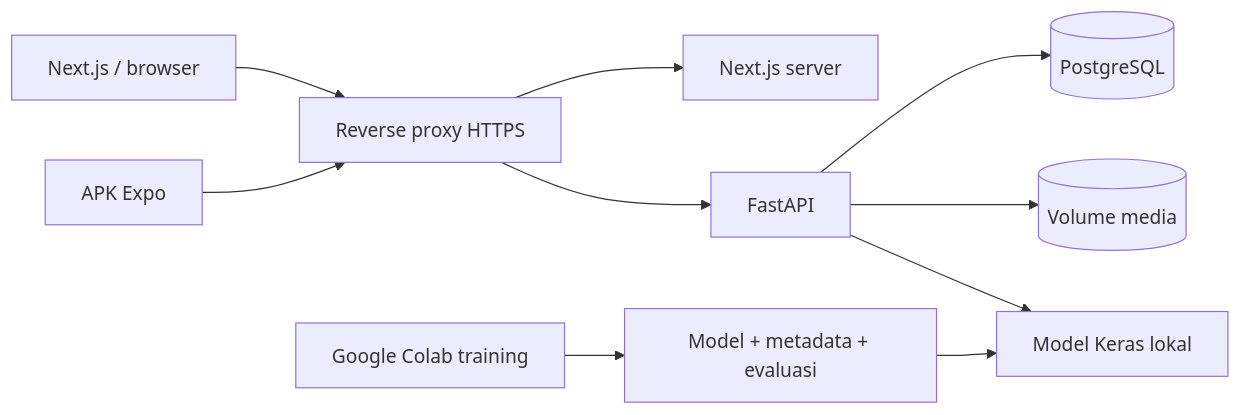
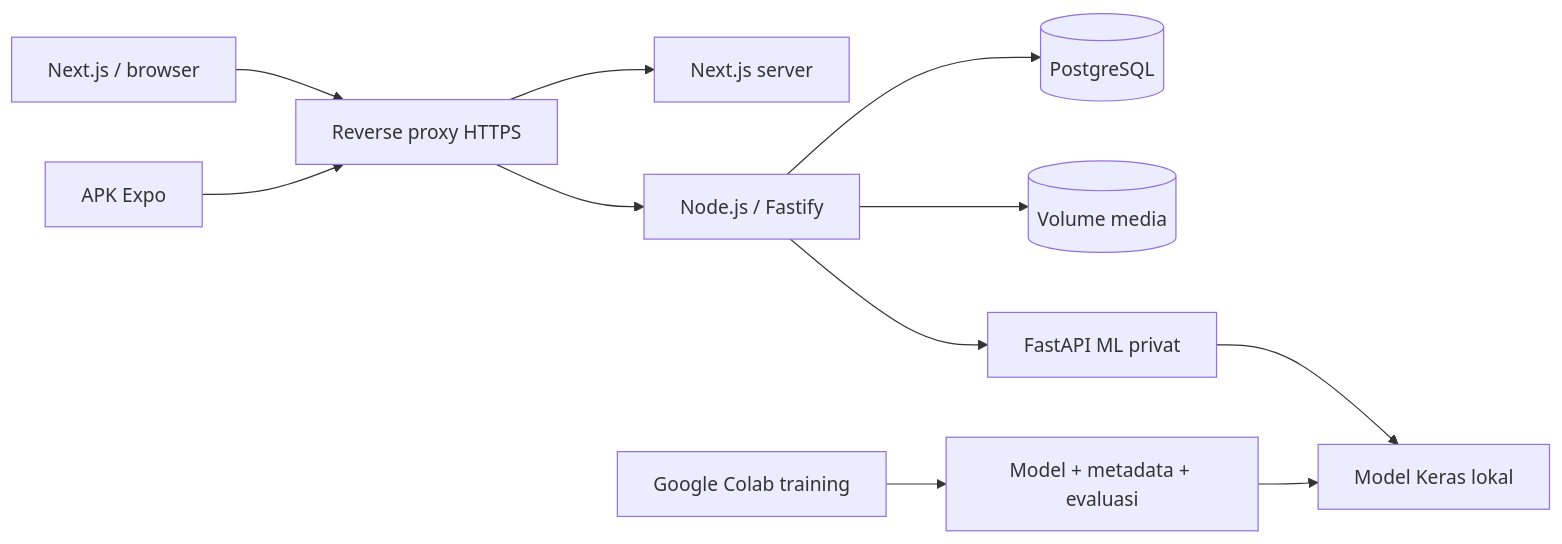
The first of 2 diagrams in docs/architecture.md (MuhamadHilalFakhri/smart-waste), drawn with Mermaid before and after one commit. The commit also changed other lines of this file and 7 other files, not shown here.

````diff
--- a/docs/architecture.md
+++ b/docs/architecture.md
@@ -5,12 +5,13 @@
 ```mermaid
 flowchart LR
   Web[Next.js / browser] --> Proxy[Reverse proxy HTTPS]
   Mobile[APK Expo] --> Proxy
   Proxy --> Next[Next.js server]
-  Proxy --> API[FastAPI]
+  Proxy --> API[Node.js / Fastify]
   API --> DB[(PostgreSQL)]
   API --> Media[(Volume media)]
-  API --> Model[Model Keras lokal]
+  API --> ML[FastAPI ML privat]
+  ML --> Model[Model Keras lokal]
   Colab[Google Colab training] --> Artifacts[Model + metadata + evaluasi]
   Artifacts --> Model
 ```
````
